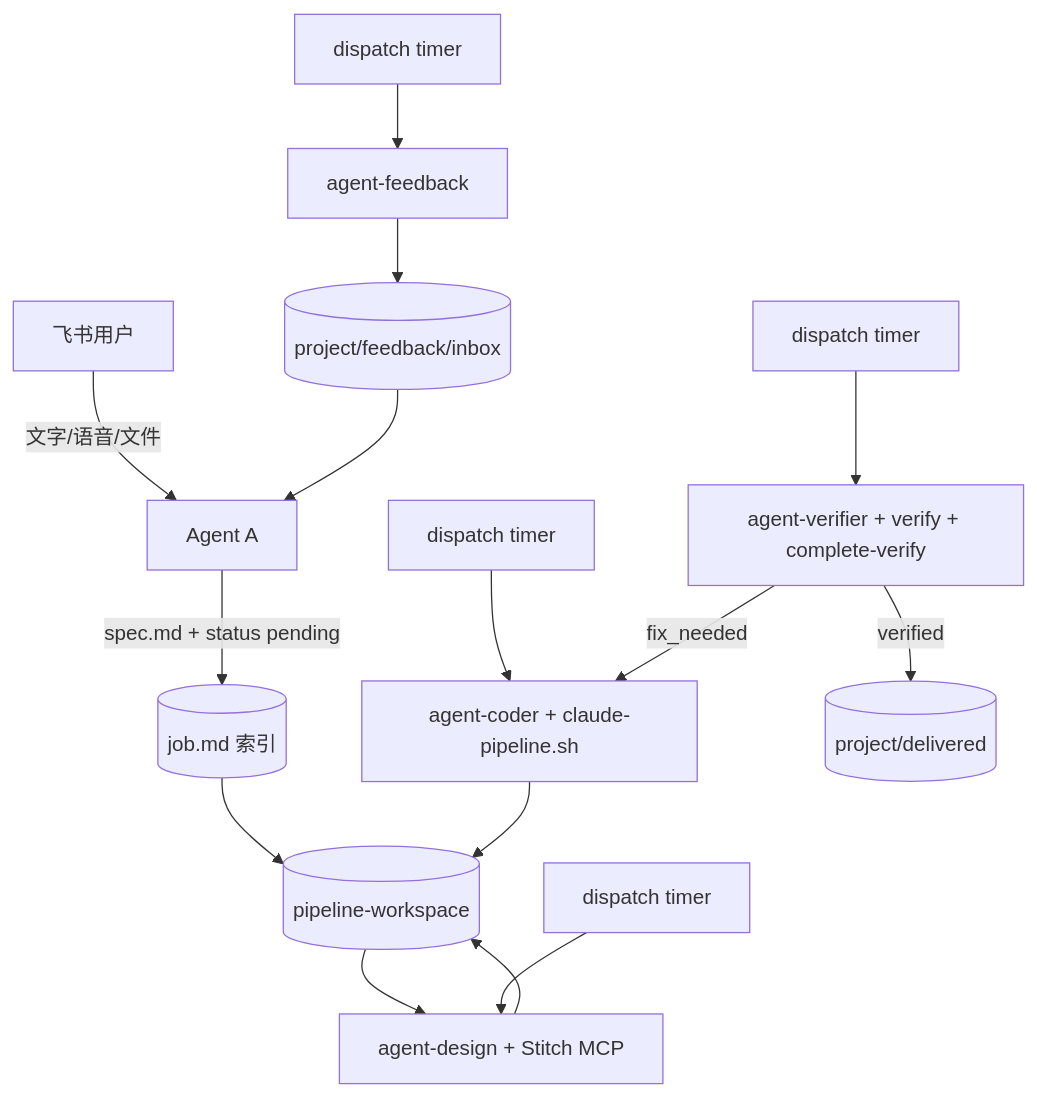
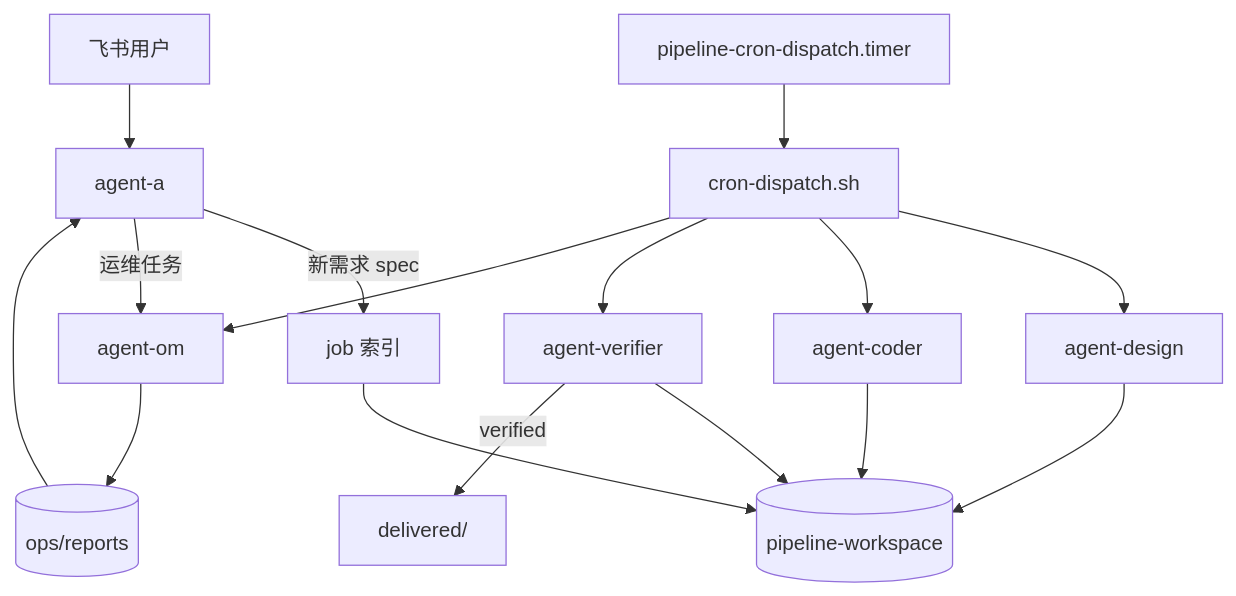
Before and after one commit to wmx-poe/test-pipeline: the diagram in README.md, drawn with Mermaid. The commit also changed other lines of this file and 42 other files, not shown here.

Commit message:
流水线重构：agent-om、timer 调度、验证 10 轮、status 容错

````diff
--- a/README.md
+++ b/README.md
@@ -42,17 +20,18 @@
 ```mermaid
 flowchart TB
-  User[飞书用户] -->|文字/语音/文件| A[Agent A]
-  A -->|spec.md + status pending| Q[(job.md 索引)]
-  WS[(pipeline-workspace)] --> D
-  Cron1[dispatch timer] --> D[agent-design + Stitch MCP]
-  Cron2[dispatch timer] --> C[agent-coder + claude-pipeline.sh]
-  Cron3[dispatch timer] --> V[agent-verifier + verify + complete-verify]
-  Q --> WS
-  D --> WS
-  C --> WS
-  V -->|verified| Del[(project/delivered)]
-  V -->|fix_needed| C
-  Cron4[dispatch timer] --> F[agent-feedback]
-  F --> Inbox[(project/feedback/inbox)]
-  Inbox --> A
+  User[飞书用户] --> A[agent-a]
+  A -->|新需求 spec| Q[job 索引]
+  A -->|运维任务| OM[agent-om]
+  Timer[pipeline-cron-dispatch.timer] --> D[cron-dispatch.sh]
+  D --> Design[agent-design]
+  D --> Coder[agent-coder]
+  D --> Verifier[agent-verifier]
+  D --> OM
+  Q --> WS[(pipeline-workspace)]
+  Design --> WS
+  Coder --> WS
+  Verifier --> WS
+  OM --> Ops[(ops/reports)]
+  Ops --> A
+  Verifier -->|verified| Del[delivered/]
 ```
````
